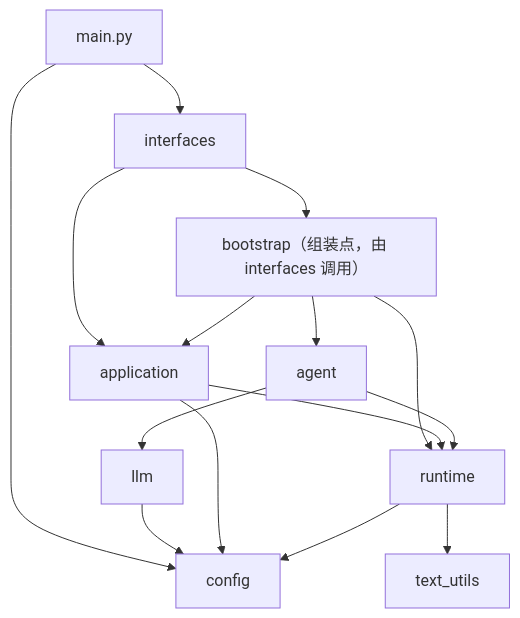
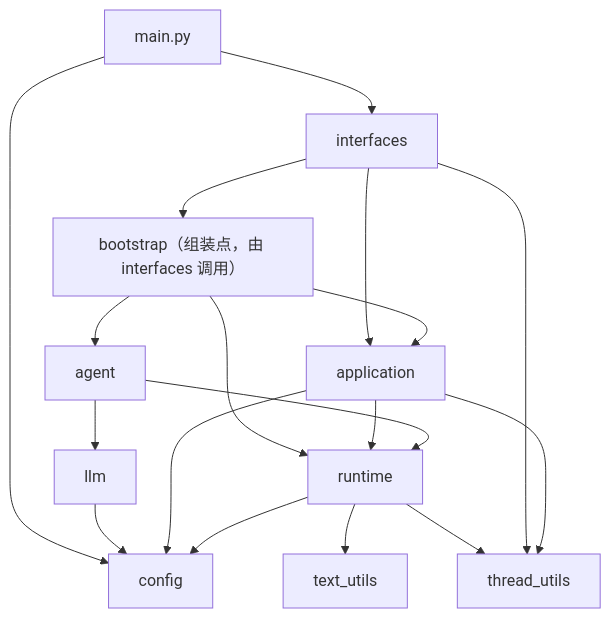
Before and after one commit to YQ153/MyAgentHarness: the third of 3 diagrams in docs/architecture/分层架构评估与重构方案.md, drawn with Mermaid. The commit also changed other lines of this file and 12 other files, not shown here.

First line of the commit message:
refactor(thread_utils): 会话 ID 校验下沉为中立模块并删除门面（D-7）

````diff
--- a/docs/architecture/分层架构评估与重构方案.md
+++ b/docs/architecture/分层架构评估与重构方案.md
@@ -1160,17 +1167,20 @@
 ```mermaid
 flowchart TB
     M["main.py"] --> IF["interfaces"]
     M --> CFG["config"]
     IF --> B["bootstrap（组装点，由 interfaces 调用）"]
     IF --> AP["application"]
     B --> AP
     B --> AG["agent"]
     B --> RT["runtime"]
     AP --> RT
     AG --> RT
     AG --> LLM["llm"]
     LLM --> CFG
     AP --> CFG
     RT --> CFG
     RT --> TU["text_utils"]
+    RT --> THU["thread_utils"]
+    IF --> THU
+    AP --> THU
 ```
````
